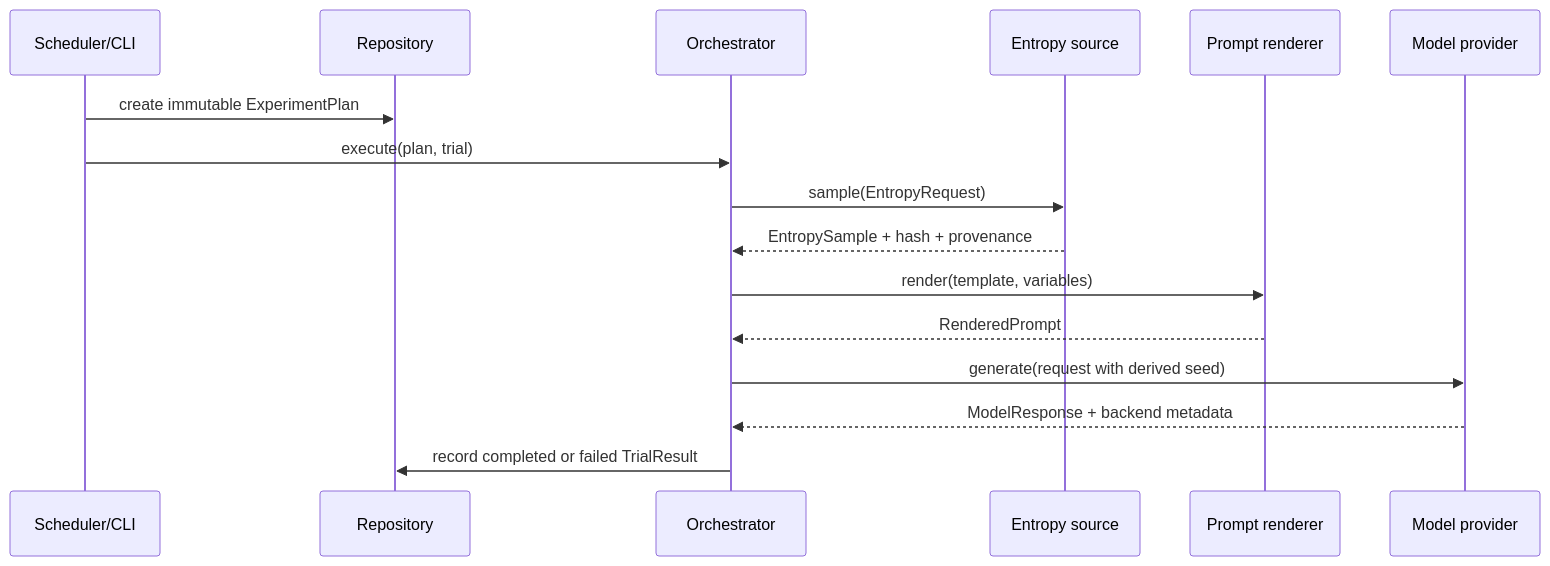
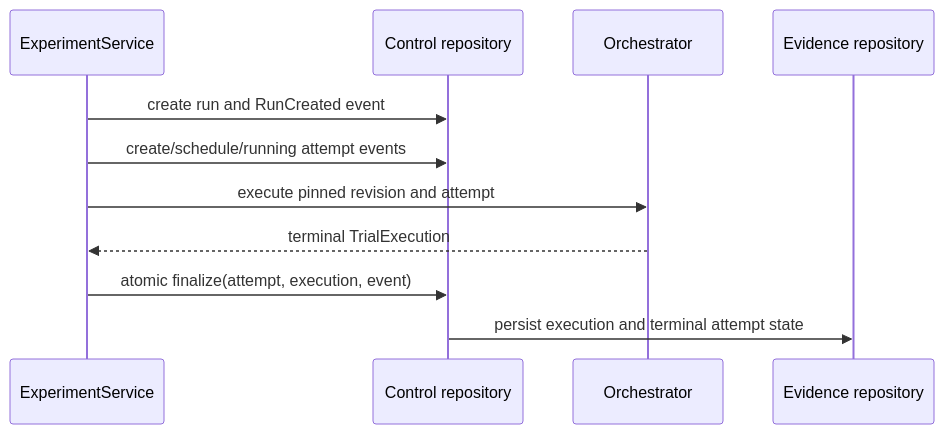
The second of 2 diagrams in docs/architecture.md (Vini-ccelgo/Entropy_Research_Platform), drawn with Mermaid before and after one commit. The commit also changed other lines of this file and 78 other files, not shown here.

````diff
--- a/docs/architecture.md
+++ b/docs/architecture.md
@@ -85,18 +27,13 @@
 ```mermaid
 sequenceDiagram
-    participant S as Scheduler/CLI
-    participant R as Repository
+    participant S as ExperimentService
+    participant C as Control repository
     participant O as Orchestrator
-    participant E as Entropy source
-    participant P as Prompt renderer
-    participant M as Model provider
-    S->>R: create immutable ExperimentPlan
-    S->>O: execute(plan, trial)
-    O->>E: sample(EntropyRequest)
-    E-->>O: EntropySample + hash + provenance
-    O->>P: render(template, variables)
-    P-->>O: RenderedPrompt
-    O->>M: generate(request with derived seed)
-    M-->>O: ModelResponse + backend metadata
-    O->>R: record completed or failed TrialResult
+    participant E as Evidence repository
+    S->>C: create run and RunCreated event
+    S->>C: create/schedule/running attempt events
+    S->>O: execute pinned revision and attempt
+    O-->>S: terminal TrialExecution
+    S->>C: atomic finalize(attempt, execution, event)
+    C->>E: persist execution and terminal attempt state
 ```
````
